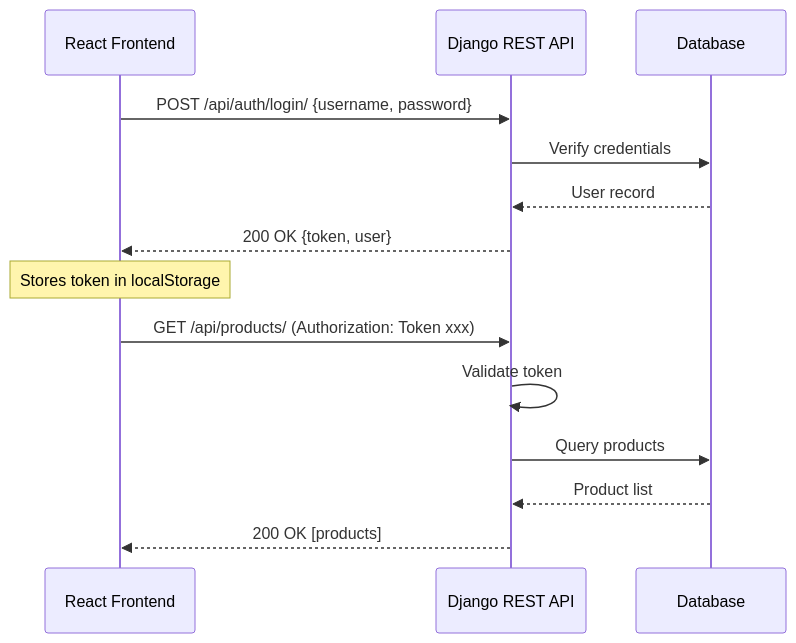
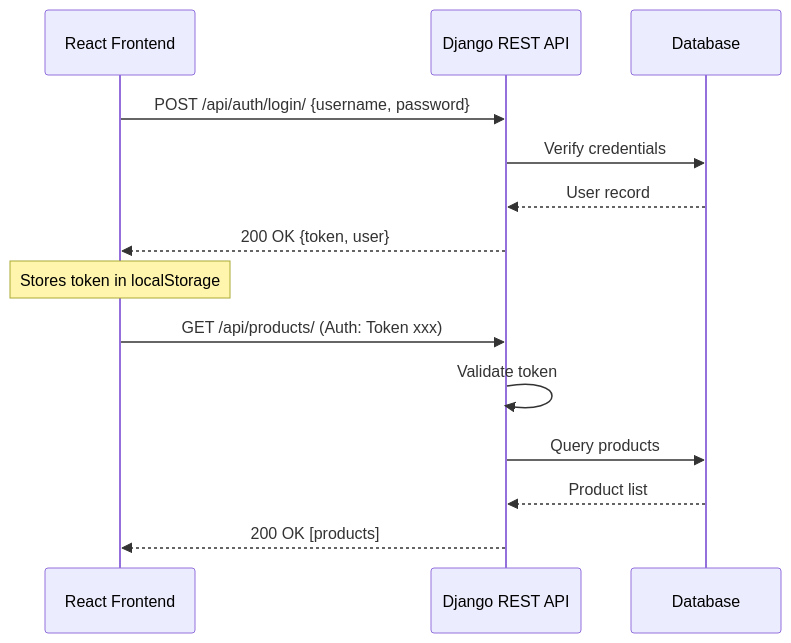
One commit to zkestroyer/casestudy changed the third of 3 diagrams in docs/research_and_proposal.md. Above: the diagram before and after it, drawn with Mermaid. The commit also changed other lines of this file and 1 other file, not shown here.

Commit message:
Update R&D proposal to include all 24 explicit sections and render diagrams

````diff
--- a/docs/research_and_proposal.md
+++ b/docs/research_and_proposal.md
@@ -575,17 +198,17 @@
 ```mermaid
 sequenceDiagram
     participant Client as React Frontend
     participant API as Django REST API
     participant DB as Database
 
     Client->>API: POST /api/auth/login/ {username, password}
     API->>DB: Verify credentials
     DB-->>API: User record
     API-->>Client: 200 OK {token, user}
     Note over Client: Stores token in localStorage
-    Client->>API: GET /api/products/ (Authorization: Token xxx)
+    Client->>API: GET /api/products/ (Auth: Token xxx)
     API->>API: Validate token
     API->>DB: Query products
     DB-->>API: Product list
     API-->>Client: 200 OK [products]
 ```
````
